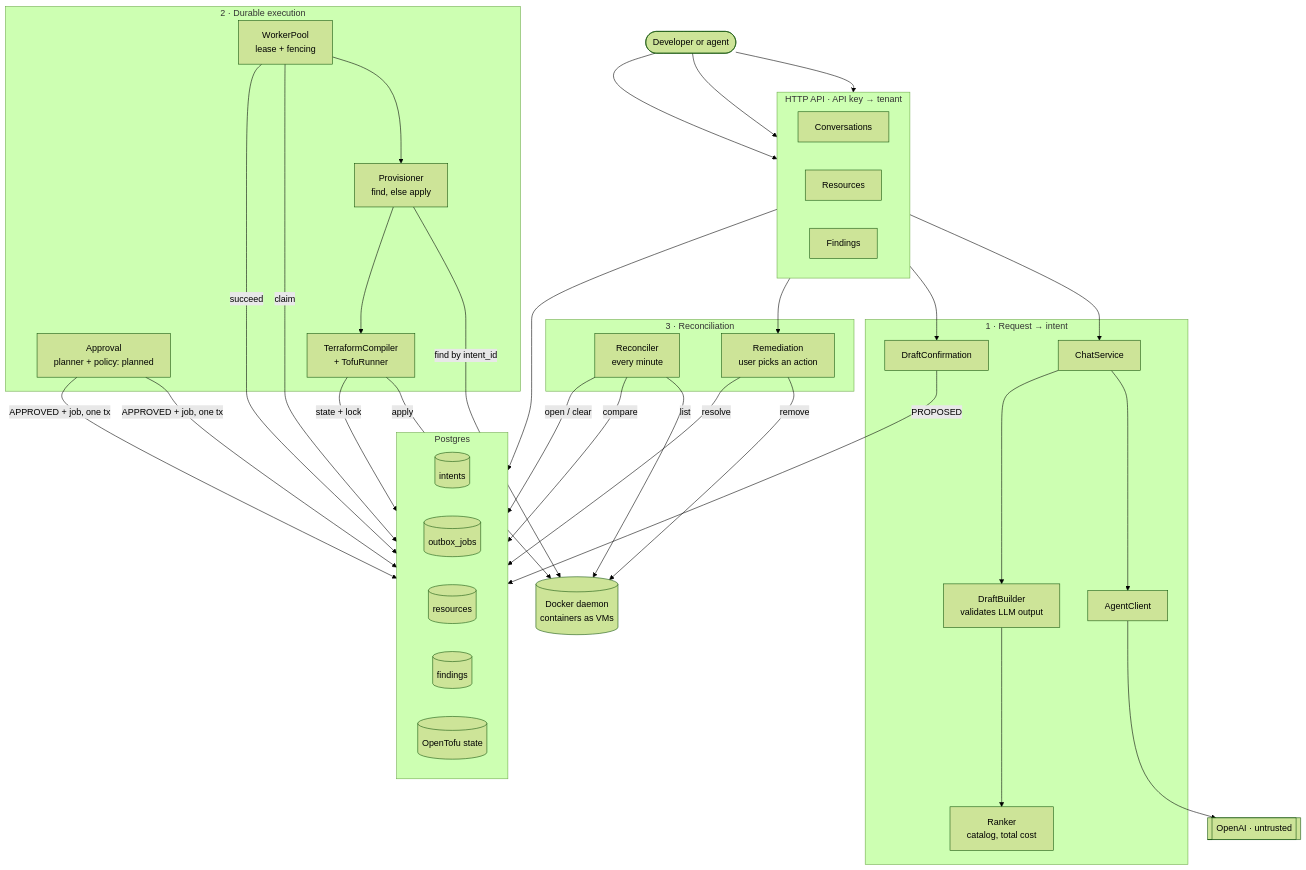
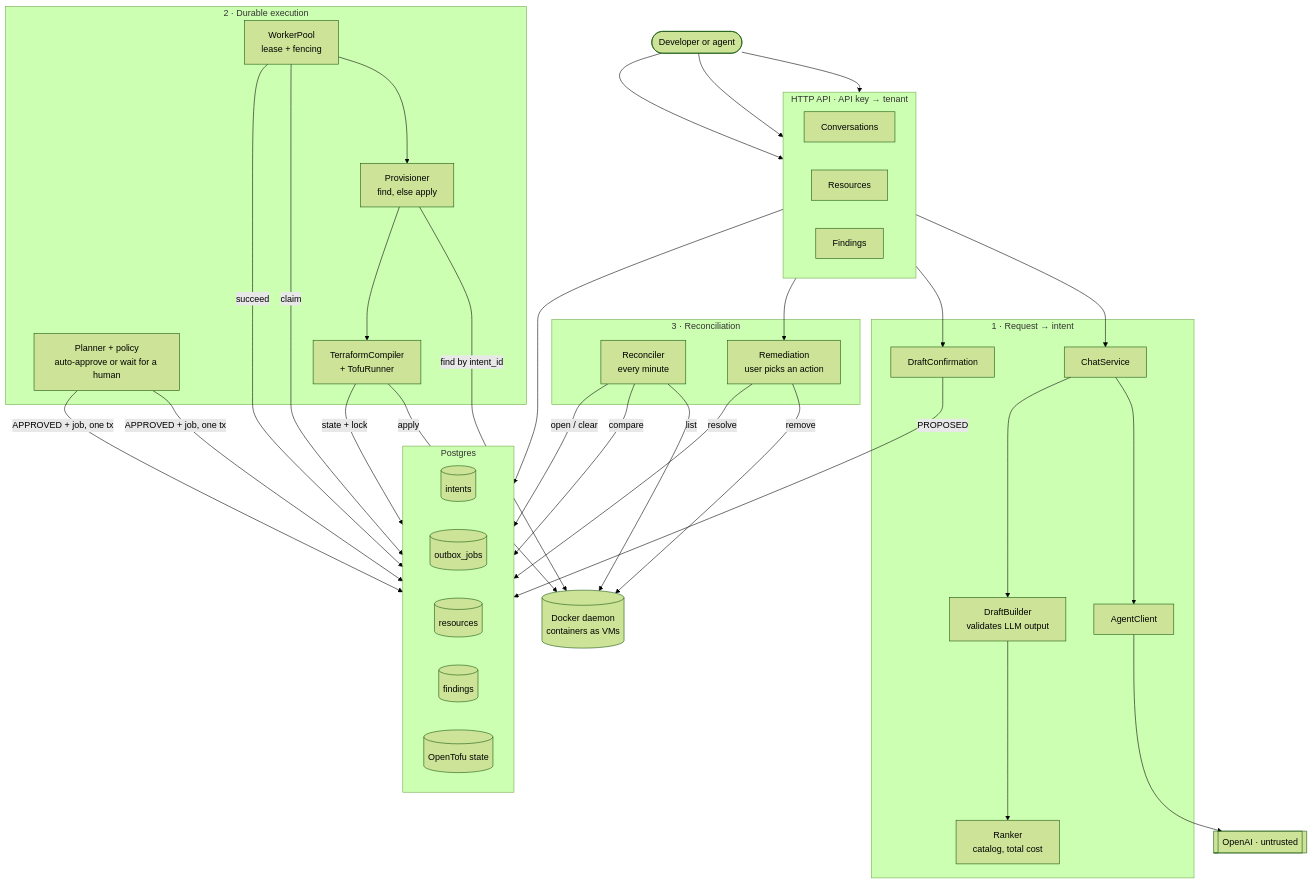
One commit to enismustafaj/linfra-be changed the diagram in README.md. Above: the diagram before and after it, drawn with Mermaid (forest theme). The commit also changed other lines of this file and 51 other files, not shown here.

````diff
--- a/README.md
+++ b/README.md
@@ -30,64 +34,64 @@
 ```mermaid
 flowchart TB
     client([Developer or agent])
 
     subgraph api["HTTP API · API key → tenant"]
         direction LR
         conv[Conversations]
         res[Resources]
         findapi[Findings]
     end
 
     subgraph chat["1 · Request → intent"]
         chatsvc[ChatService]
         agent[AgentClient]
         drafts[DraftBuilder<br/>validates LLM output]
         ranker[Ranker<br/>catalog, total cost]
         confirm[DraftConfirmation]
     end
 
     subgraph exec["2 · Durable execution"]
-        approve[Approval<br/>planner + policy: planned]
+        approve[Planner + policy<br/>auto-approve or wait for a human]
         pool[WorkerPool<br/>lease + fencing]
         prov[Provisioner<br/>find, else apply]
         tofu[TerraformCompiler<br/>+ TofuRunner]
     end
 
     subgraph reconcile["3 · Reconciliation"]
         reconciler[Reconciler<br/>every minute]
         remed[Remediation<br/>user picks an action]
     end
 
     subgraph pg["Postgres"]
         direction LR
         intents[(intents)]
         outbox[(outbox_jobs)]
         resources[(resources)]
         findings[(findings)]
         state[(OpenTofu state)]
     end
 
     llm[[OpenAI · untrusted]]
     docker[(Docker daemon<br/>containers as VMs)]
 
     client --> conv & res & findapi
 
     conv --> chatsvc --> agent --> llm
     chatsvc --> drafts --> ranker
     conv --> confirm -- PROPOSED --> intents
 
     approve -- APPROVED + job, one tx --> intents & outbox
     pool -- claim --> outbox
     pool --> prov
     prov -- find by intent_id --> docker
     prov --> tofu -- apply --> docker
     tofu -- state + lock --> state
     pool -- succeed --> resources
 
     reconciler -- list --> docker
     reconciler -- compare --> resources
     reconciler -- open / clear --> findings
     findapi --> remed -- resolve --> findings
     remed -- remove --> docker
     res --> resources
 ```
````
